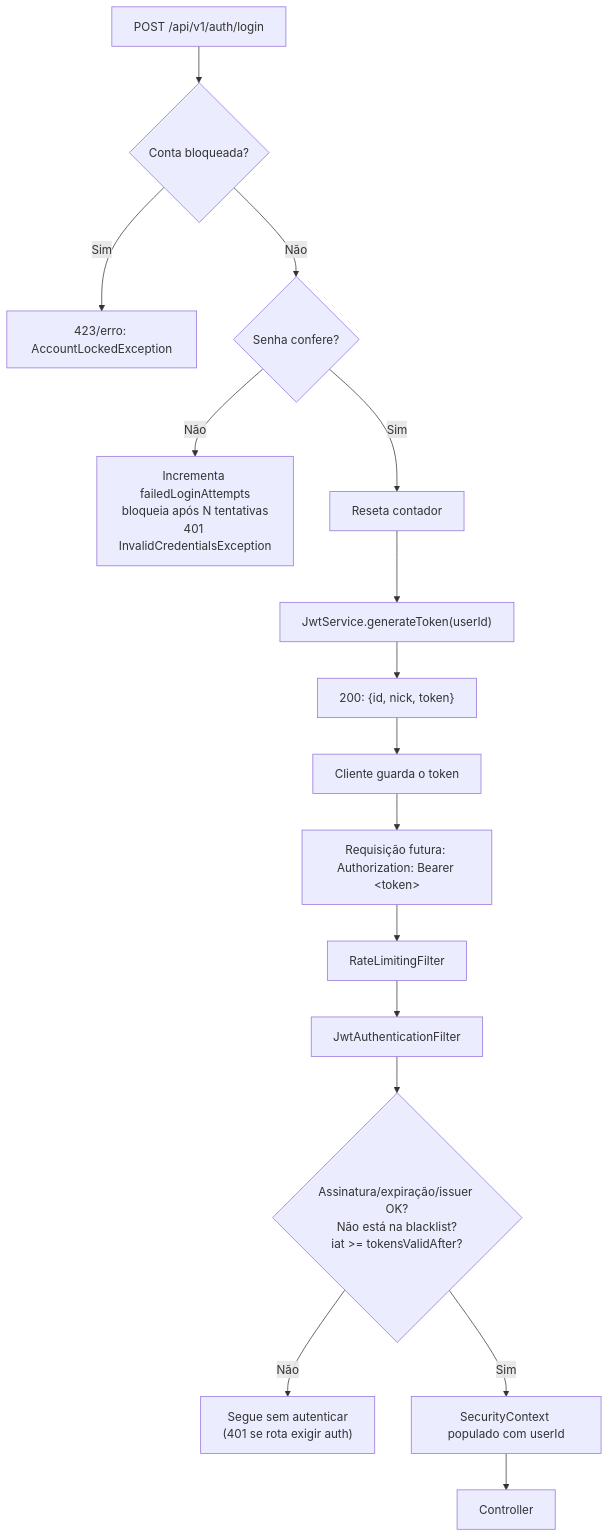
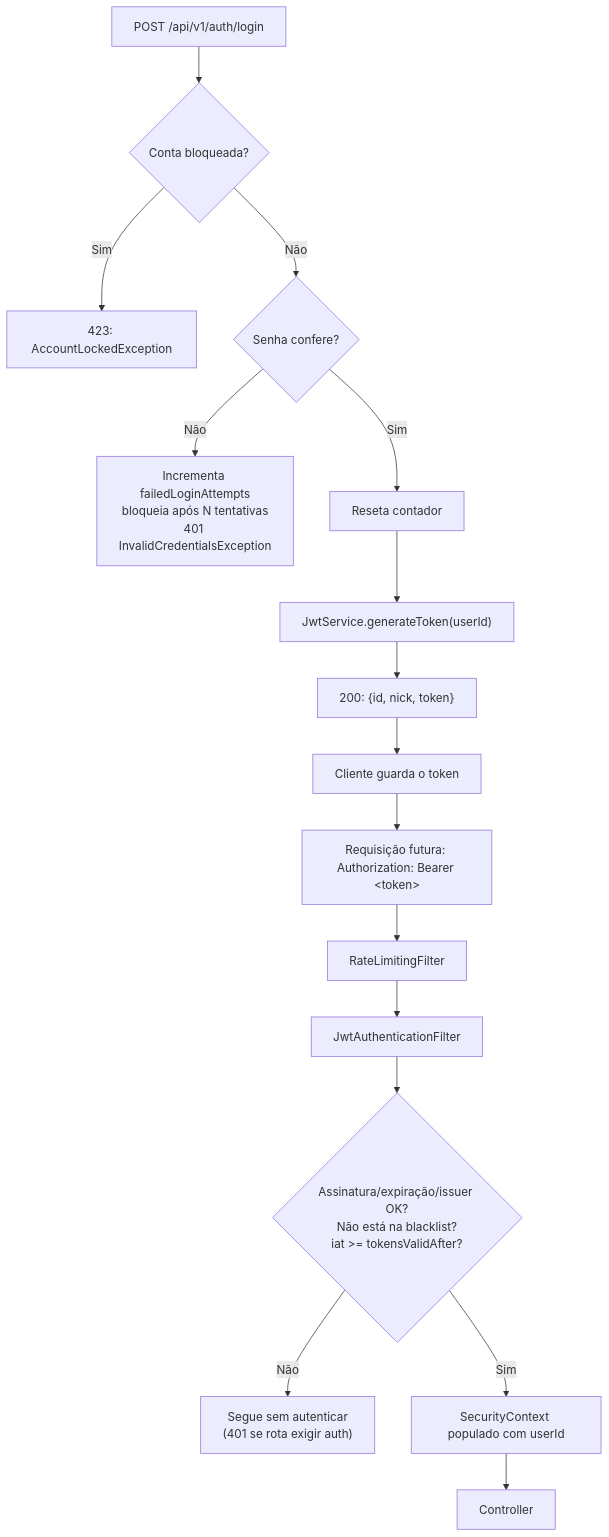
Before and after one commit to jzmlucas/watchusee-backend: the second of 3 diagrams in docs/ARCHITECTURE.md, drawn with Mermaid. The commit also changed other lines of this file and 7 other files, not shown here.

````diff
--- a/docs/ARCHITECTURE.md
+++ b/docs/ARCHITECTURE.md
@@ -186,17 +221,17 @@
 ```mermaid
 flowchart TD
     Login["POST /api/v1/auth/login"] --> Check1{"Conta bloqueada?"}
-    Check1 -->|Sim| Locked["423/erro: AccountLockedException"]
+    Check1 -->|Sim| Locked["423: AccountLockedException"]
     Check1 -->|Não| Check2{"Senha confere?"}
     Check2 -->|Não| Fail["Incrementa failedLoginAttempts<br/>bloqueia após N tentativas<br/>401 InvalidCredentialsException"]
     Check2 -->|Sim| Reset["Reseta contador"] --> Token["JwtService.generateToken(userId)"]
     Token --> Response["200: {id, nick, token}"]
     Response --> Client["Cliente guarda o token"]
     Client --> Req["Requisição futura: Authorization: Bearer &lt;token&gt;"]
     Req --> RL["RateLimitingFilter"]
     RL --> JF["JwtAuthenticationFilter"]
     JF --> Valid{"Assinatura/expiração/issuer OK?<br/>Não está na blacklist?<br/>iat &gt;= tokensValidAfter?"}
     Valid -->|Não| Anon["Segue sem autenticar<br/>(401 se rota exigir auth)"]
     Valid -->|Sim| Ctx["SecurityContext populado com userId"]
     Ctx --> Controller
 ```
````
